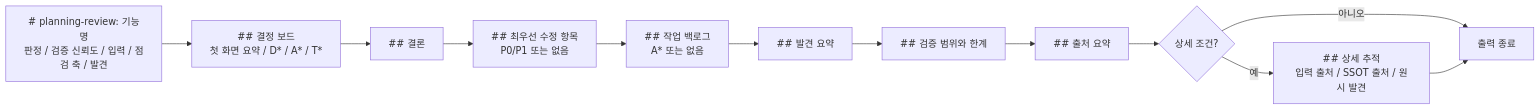
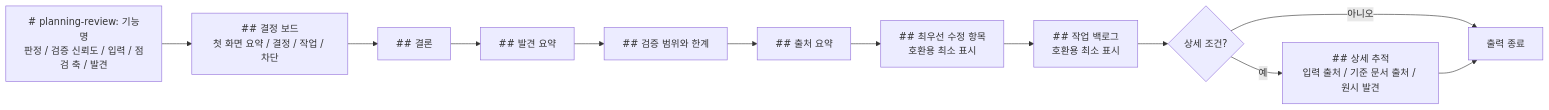
The sixth of 8 diagrams in planning-kit/docs/planning-review-workflow.md (inkwonjung-colosseum/plugins), drawn with Mermaid before and after one commit. The commit also changed other lines of this file and 19 other files, not shown here.

````diff
--- a/planning-kit/docs/planning-review-workflow.md
+++ b/planning-kit/docs/planning-review-workflow.md
@@ -170,15 +170,15 @@
 ```mermaid
 flowchart LR
   H["# planning-review: 기능명<br/>판정 / 검증 신뢰도 / 입력 / 점검 축 / 발견"]
-  H --> DB["## 결정 보드<br/>첫 화면 요약 / D* / A* / T*"]
+  H --> DB["## 결정 보드<br/>첫 화면 요약 / 결정 / 작업 / 차단"]
   DB --> C[## 결론]
-  C --> T[## 최우선 수정 항목<br/>P0/P1 또는 없음]
-  T --> B[## 작업 백로그<br/>A* 또는 없음]
-  B --> S[## 발견 요약]
+  C --> S[## 발견 요약]
   S --> L[## 검증 범위와 한계]
   L --> SRC[## 출처 요약]
-  SRC --> D{상세 조건?}
-  D -->|예| DT["## 상세 추적<br/>입력 출처 / SSOT 출처 / 원시 발견"]
+  SRC --> T[## 최우선 수정 항목<br/>호환용 최소 표시]
+  T --> B[## 작업 백로그<br/>호환용 최소 표시]
+  B --> D{상세 조건?}
+  D -->|예| DT["## 상세 추적<br/>입력 출처 / 기준 문서 출처 / 원시 발견"]
   D -->|아니오| FIN[출력 종료]
   DT --> FIN
 ```
````
